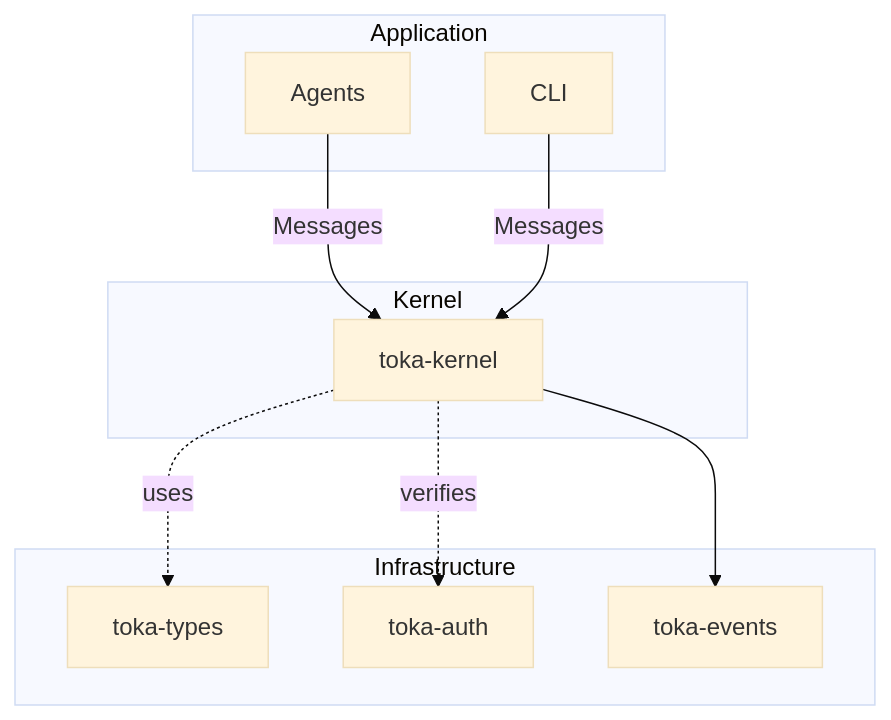
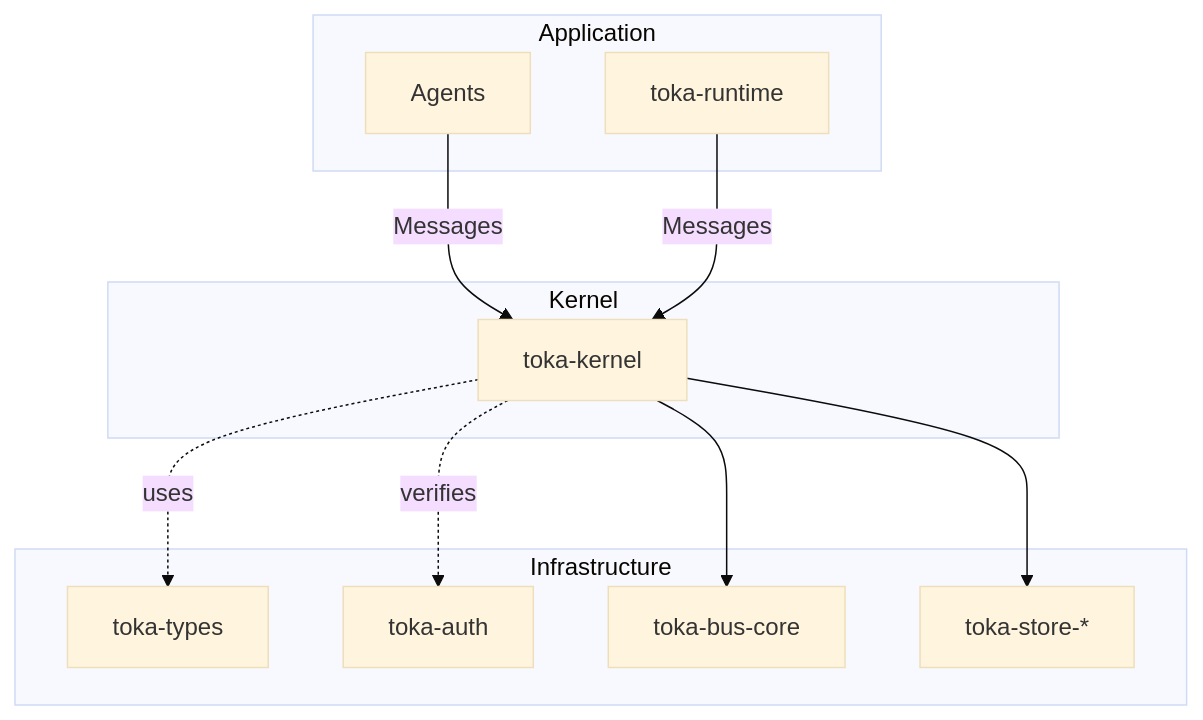
Before and after one commit to scrappyAI/Toka: the diagram in README.md, drawn with Mermaid (base theme). The commit also changed other lines of this file and 41 other files, not shown here.

Commit message:
Refactor: Remove legacy components and standardize Toka OS architecture

````diff
--- a/README.md
+++ b/README.md
@@ -53,23 +54,25 @@
 ```mermaid
 graph TD
   subgraph Application
     Agents
-    CLI
+    Runtime[toka-runtime]
   end
 
   subgraph Kernel
     K[toka-kernel]
   end
 
   subgraph Infrastructure
     Types[toka-types]
     Auth[toka-auth]
-    Events[toka-events]
+    Bus[toka-bus-core]
+    Storage[toka-store-*]
   end
 
   Agents -->|Messages| K
-  CLI -->|Messages| K
-  K --> Events
+  Runtime -->|Messages| K
+  K --> Bus
+  K --> Storage
   K -. verifies .-> Auth
   K -. uses .-> Types
 ```
````
